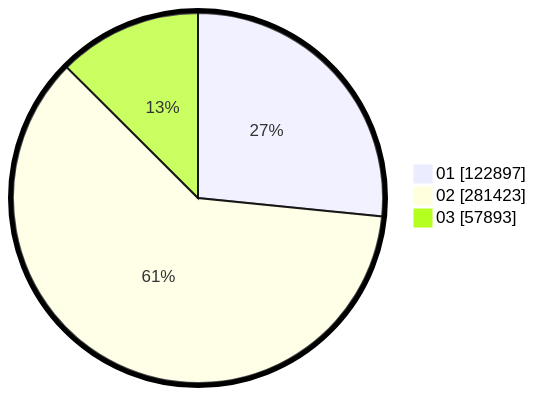
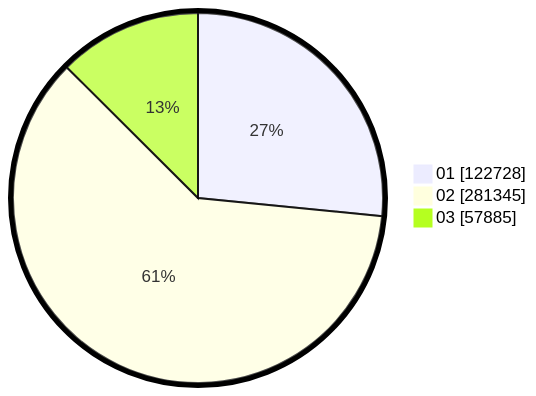
Before and after one commit to gigit-pemilu/pemilu-2024: the second of 2 diagrams in pilpres/hitung-suara/sub/table-wilayah-82.md, drawn with Mermaid. The commit also changed other lines of this file and 10 other files, not shown here.

````diff
--- a/pilpres/hitung-suara/sub/table-wilayah-82.md
+++ b/pilpres/hitung-suara/sub/table-wilayah-82.md
@@ -15,7 +15,7 @@
 ```mermaid
 %%{init: {"pie": {"textPosition": 0.5}, "themeVariables": {"pieOuterStrokeWidth": "5px"}} }%%
 pie showData
-    "01" : 122897
-    "02" : 281423
-    "03" : 57893
+    "01" : 122728
+    "02" : 281345
+    "03" : 57885
 ```
````
